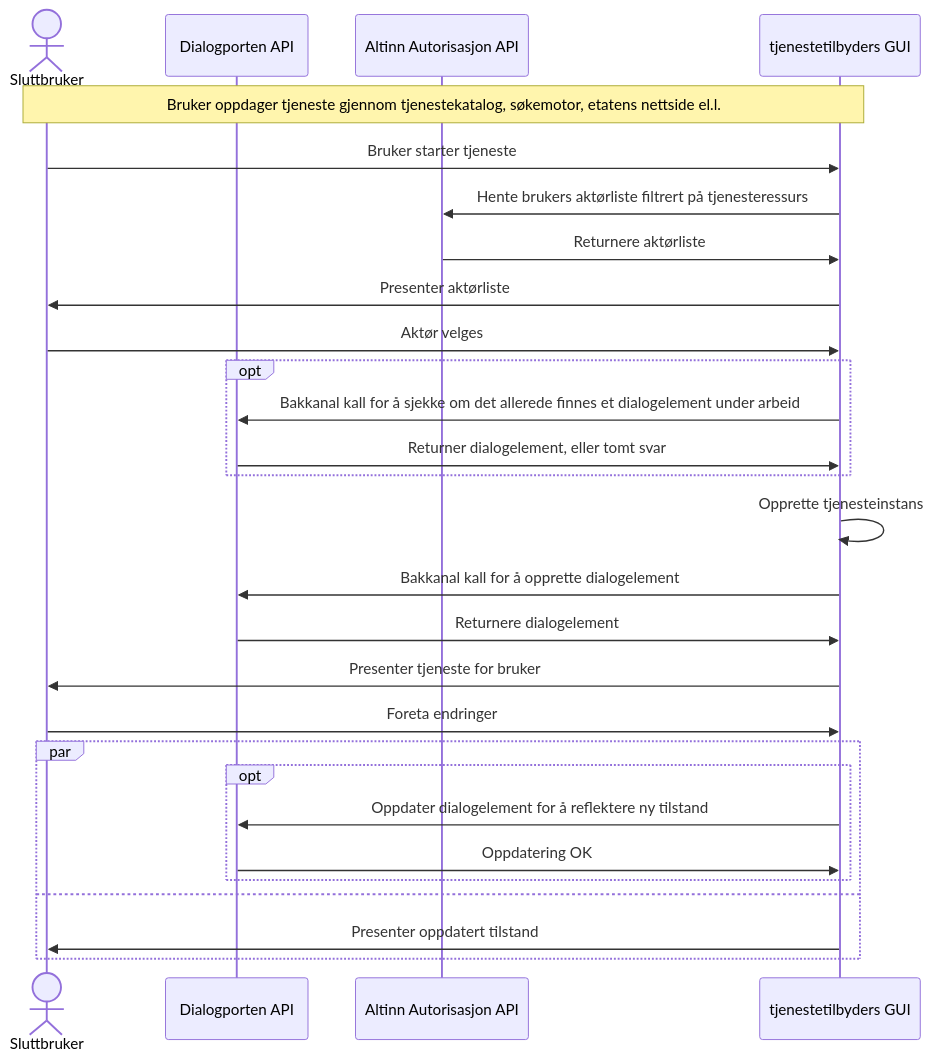
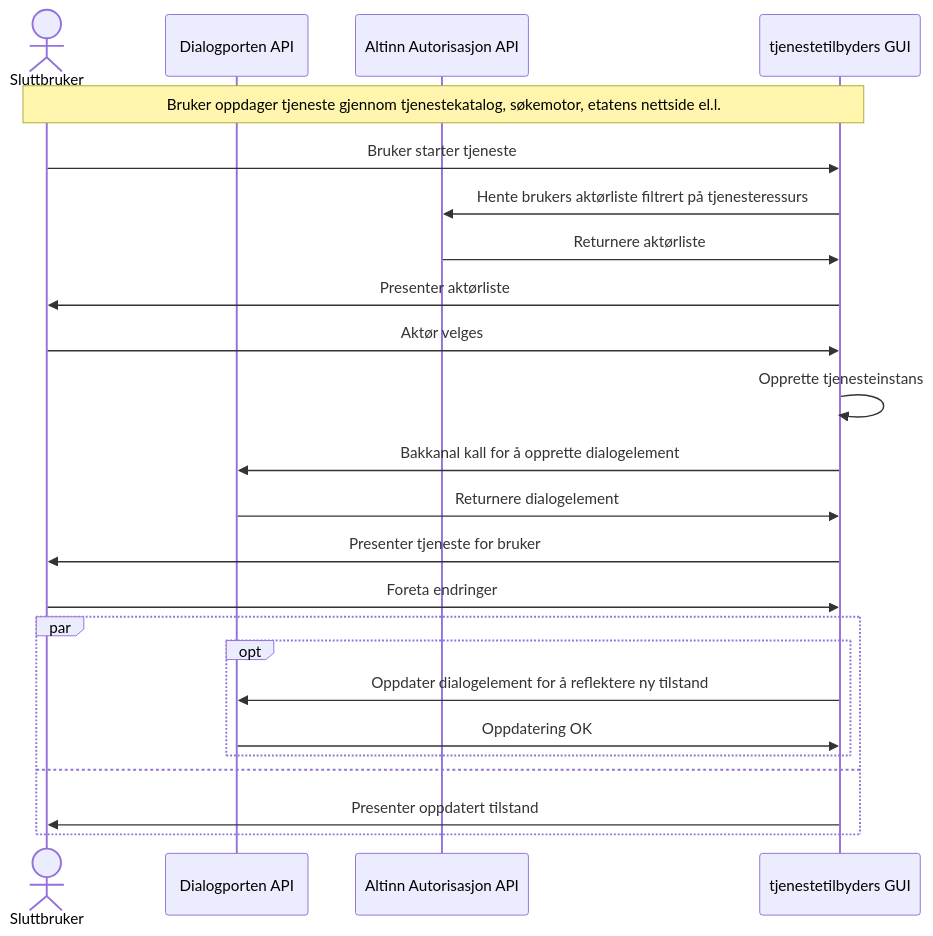
One commit to elsand/elsand.github.io changed the fourth of 6 diagrams in dialogporten.md. Above: the diagram before and after it, drawn with Mermaid. The commit also changed other lines of this file, not shown here.

Commit message:
Remote opt call to check if instance exists (fixes #24)

````diff
--- a/dialogporten.md
+++ b/dialogporten.md
@@ -403,31 +403,27 @@
 ```mermaid!
 sequenceDiagram
     actor SB as Sluttbruker
     participant API as Dialogporten API 
     participant AUTH as Altinn Autorisasjon API 
     participant TEGUI as tjenestetilbyders GUI
 note over SB,TEGUI: Bruker oppdager tjeneste gjennom tjenestekatalog, søkemotor, etatens nettside el.l.
 SB->>TEGUI: Bruker starter tjeneste
 TEGUI->>AUTH: Hente brukers aktørliste filtrert på tjenesteressurs
 AUTH->>TEGUI: Returnere aktørliste
 TEGUI->>SB: Presenter aktørliste
 SB->>TEGUI: Aktør velges
-opt
-    TEGUI->>API: Bakkanal kall for å sjekke om det allerede finnes et dialogelement under arbeid
-    API->>TEGUI: Returner dialogelement, eller tomt svar
-end
 TEGUI->>TEGUI: Opprette tjenesteinstans
 TEGUI->>API: Bakkanal kall for å opprette dialogelement
 API->>TEGUI: Returnere dialogelement
 TEGUI->>SB: Presenter tjeneste for bruker
 
 SB->>TEGUI: Foreta endringer
 par
     opt
         TEGUI->>API: Oppdater dialogelement for å reflektere ny tilstand
         API->>TEGUI: Oppdatering OK
     end
 and 
     TEGUI->>SB: Presenter oppdatert tilstand
 end
 ```
````
